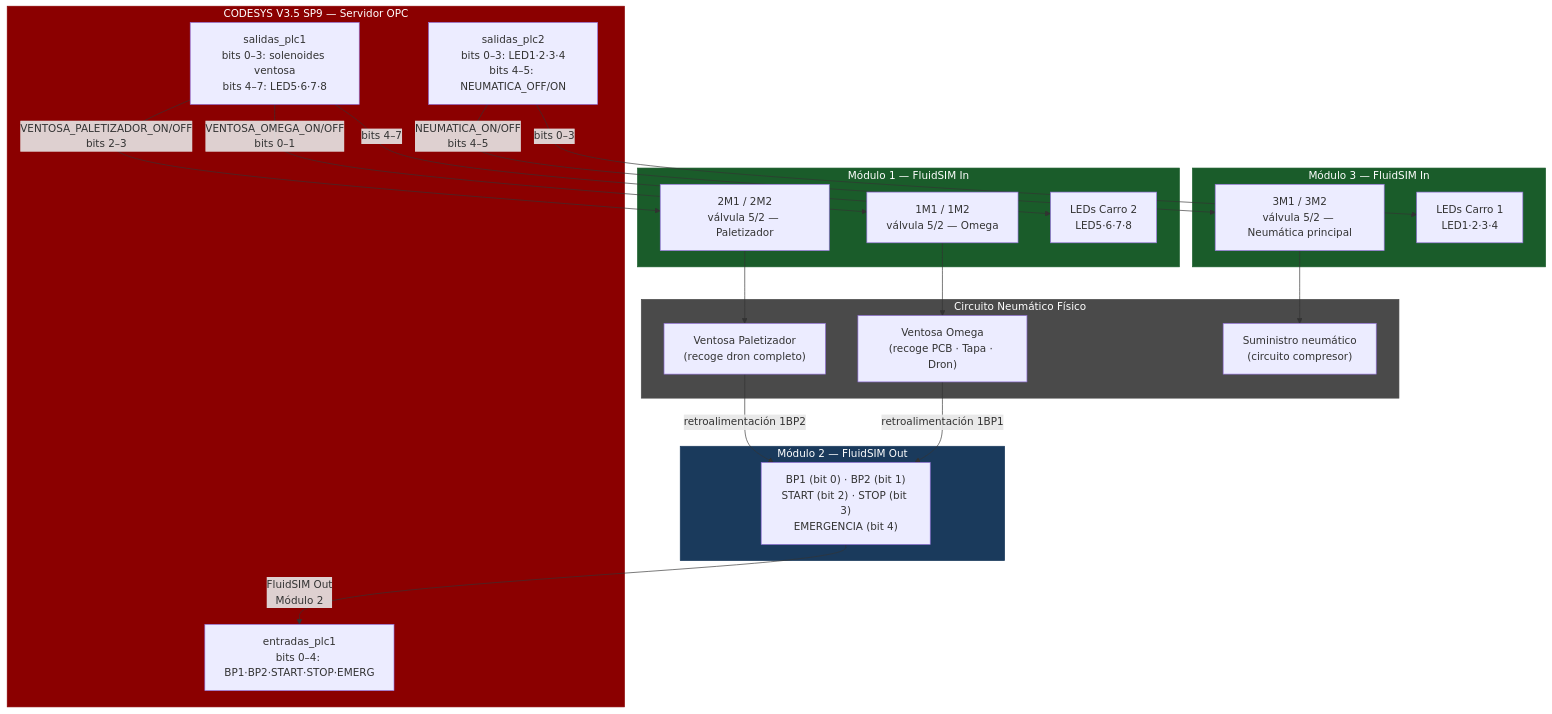
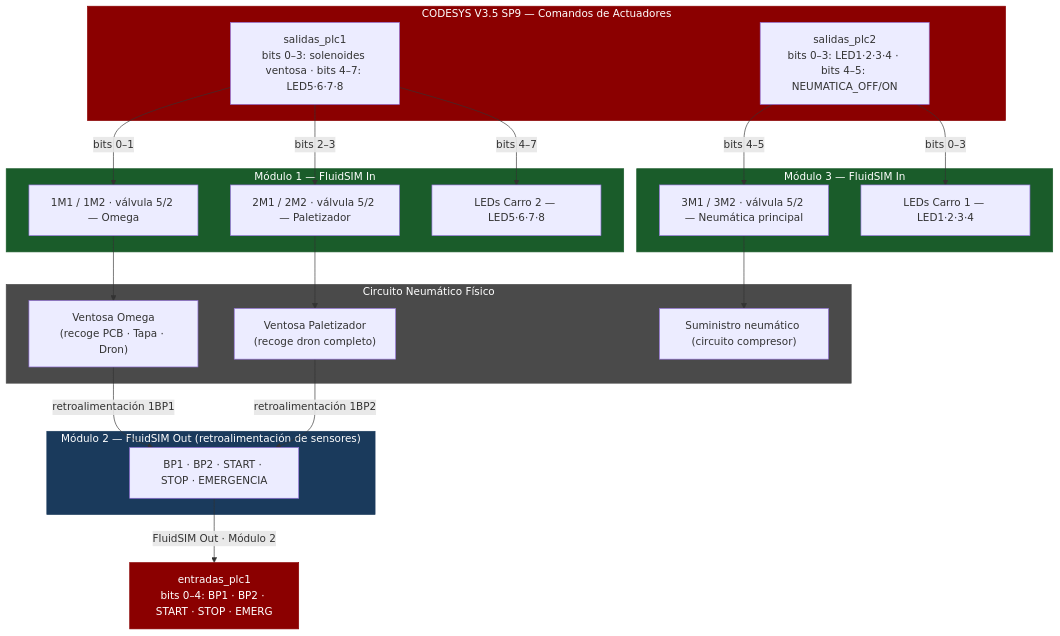
Before and after one commit to jorgefajardom-coder/drone-packaging-simulation-unity: the ninth of 12 diagrams in README.md, drawn with Mermaid. The commit also changed other lines of this file, not shown here.

First line of the commit message:
docs: restructure diagrams to eliminate arrow overlaps

````diff
--- a/README.md
+++ b/README.md
@@ -1504,47 +1517,49 @@
 ```mermaid
 graph TD
-    subgraph CODESYS["CODESYS V3.5 SP9 — Servidor OPC"]
-        PLC1["salidas_plc1<br/>bits 0–3: solenoides ventosa<br/>bits 4–7: LED5·6·7·8"]
-        PLC2["salidas_plc2<br/>bits 0–3: LED1·2·3·4<br/>bits 4–5: NEUMATICA_OFF/ON"]
-        IN["entradas_plc1<br/>bits 0–4: BP1·BP2·START·STOP·EMERG"]
+    subgraph CODESYS_CMD["CODESYS V3.5 SP9 — Comandos de Actuadores"]
+        PLC1["salidas_plc1<br/>bits 0–3: solenoides ventosa · bits 4–7: LED5·6·7·8"]
+        PLC2["salidas_plc2<br/>bits 0–3: LED1·2·3·4 · bits 4–5: NEUMATICA_OFF/ON"]
     end
 
     subgraph MOD1["Módulo 1 — FluidSIM In"]
-        V1["1M1 / 1M2<br/>válvula 5/2 — Omega"]
-        V2["2M1 / 2M2<br/>válvula 5/2 — Paletizador"]
-        LC2["LEDs Carro 2<br/>LED5·6·7·8"]
+        V1["1M1 / 1M2 · válvula 5/2 — Omega"]
+        V2["2M1 / 2M2 · válvula 5/2 — Paletizador"]
+        LC2["LEDs Carro 2 — LED5·6·7·8"]
     end
 
     subgraph MOD3["Módulo 3 — FluidSIM In"]
-        V3["3M1 / 3M2<br/>válvula 5/2 — Neumática principal"]
-        LC1["LEDs Carro 1<br/>LED1·2·3·4"]
-    end
-
-    subgraph MOD2["Módulo 2 — FluidSIM Out"]
-        FB["BP1 (bit 0) · BP2 (bit 1)<br/>START (bit 2) · STOP (bit 3)<br/>EMERGENCIA (bit 4)"]
+        V3["3M1 / 3M2 · válvula 5/2 — Neumática principal"]
+        LC1["LEDs Carro 1 — LED1·2·3·4"]
     end
 
     subgraph PHYS["Circuito Neumático Físico"]
         CUP_O["Ventosa Omega<br/>(recoge PCB · Tapa · Dron)"]
         CUP_P["Ventosa Paletizador<br/>(recoge dron completo)"]
-        MAIN["Suministro neumático<br/>(circuito compresor)"]
+        MAIN["Suministro neumático (circuito compresor)"]
     end
 
-    PLC1 -->|"VENTOSA_OMEGA_ON/OFF<br/>bits 0–1"| V1
-    PLC1 -->|"VENTOSA_PALETIZADOR_ON/OFF<br/>bits 2–3"| V2
+    subgraph MOD2["Módulo 2 — FluidSIM Out (retroalimentación de sensores)"]
+        FB["BP1 · BP2 · START · STOP · EMERGENCIA"]
+    end
+
+    CODESYS_IN["entradas_plc1<br/>bits 0–4: BP1 · BP2 · START · STOP · EMERG"]
+
+    PLC1 -->|"bits 0–1"| V1
+    PLC1 -->|"bits 2–3"| V2
     PLC1 -->|"bits 4–7"| LC2
-    PLC2 -->|"NEUMATICA_ON/OFF<br/>bits 4–5"| V3
+    PLC2 -->|"bits 4–5"| V3
     PLC2 -->|"bits 0–3"| LC1
     V1 --> CUP_O
     V2 --> CUP_P
     V3 --> MAIN
     CUP_O -->|"retroalimentación 1BP1"| FB
     CUP_P -->|"retroalimentación 1BP2"| FB
-    FB -->|"FluidSIM Out<br/>Módulo 2"| IN
+    FB -->|"FluidSIM Out · Módulo 2"| CODESYS_IN
 
-    style CODESYS fill:#8b0000,color:#fff,stroke:#8b0000
+    style CODESYS_CMD fill:#8b0000,color:#fff,stroke:#8b0000
+    style CODESYS_IN fill:#8b0000,color:#fff,stroke:#8b0000
     style MOD1 fill:#1a5c2a,color:#fff,stroke:#1a5c2a
     style MOD2 fill:#1a3a5c,color:#fff,stroke:#1a3a5c
     style MOD3 fill:#1a5c2a,color:#fff,stroke:#1a5c2a
     style PHYS fill:#4a4a4a,color:#fff,stroke:#4a4a4a
 ```
````
